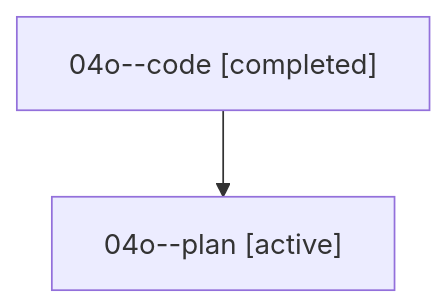
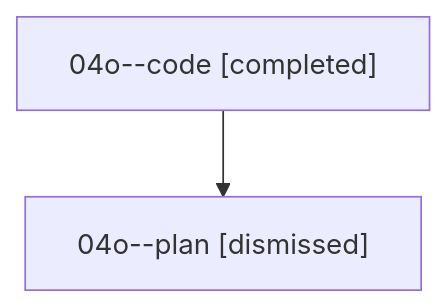
One commit to sase-org/sase--agents changed the diagram in sessions/bbugyi200.athena.04o.md. Above: the diagram before and after it, drawn with Mermaid. The commit also changed other lines of this file and 28 other files, not shown here.

````diff
--- a/sessions/bbugyi200.athena.04o.md
+++ b/sessions/bbugyi200.athena.04o.md
@@ -9,6 +9,6 @@
 ```mermaid
 flowchart TD
   n0["04o--code [completed]"]
-  n1["04o--plan [active]"]
+  n1["04o--plan [dismissed]"]
   n0 --> n1
 ```
````
